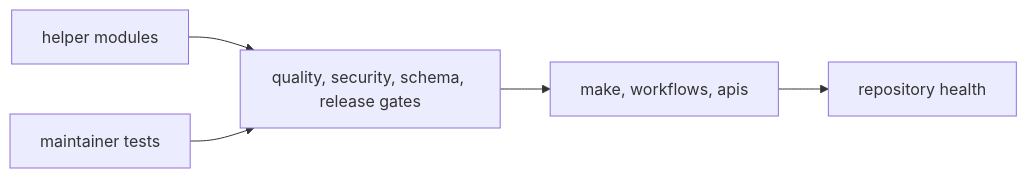
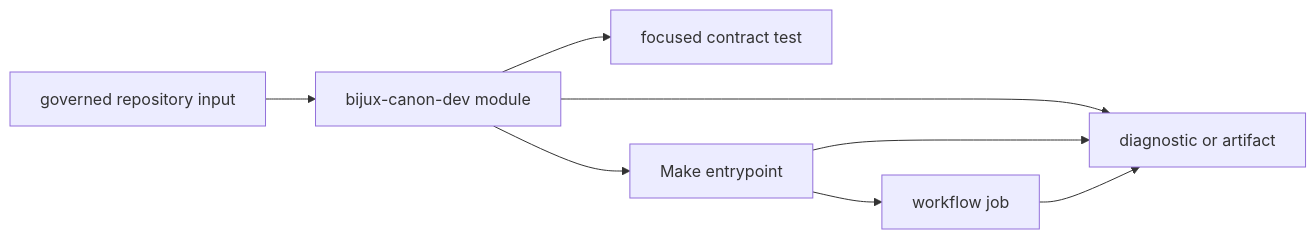
One commit to bijux/bijux-canon changed the diagram in docs/07-bijux-canon-maintain/bijux-canon-dev/index.md. Above: the diagram before and after it, drawn with Mermaid. The commit also changed other lines of this file and 2 other files, not shown here.

Commit message:
docs(maintenance): map repository controls to evidence

````diff
--- a/docs/07-bijux-canon-maintain/bijux-canon-dev/index.md
+++ b/docs/07-bijux-canon-maintain/bijux-canon-dev/index.md
@@ -23,11 +19,15 @@
 ```mermaid
 flowchart LR
-    helpers["helper modules"]
-    gates["quality, security, schema, release gates"]
-    tests["maintainer tests"]
-    integration["make, workflows, apis"]
-    repo["repository health"]
+    input["governed repository input"]
+    helper["bijux-canon-dev module"]
+    test["focused contract test"]
+    make["Make entrypoint"]
+    workflow["workflow job"]
+    artifact["diagnostic or artifact"]
 
-    helpers --> gates --> integration --> repo
-    tests --> gates
+    input --> helper --> make --> workflow
+    helper --> test
+    helper --> artifact
+    make --> artifact
+    workflow --> artifact
 ```
````
